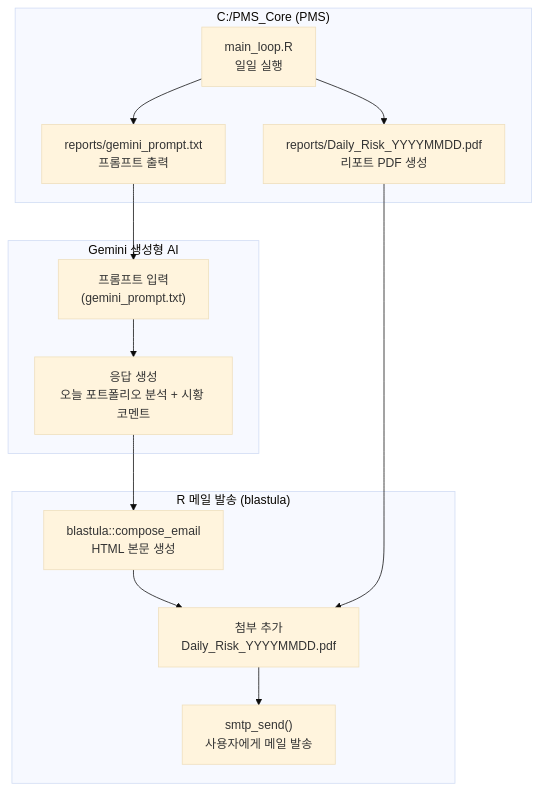
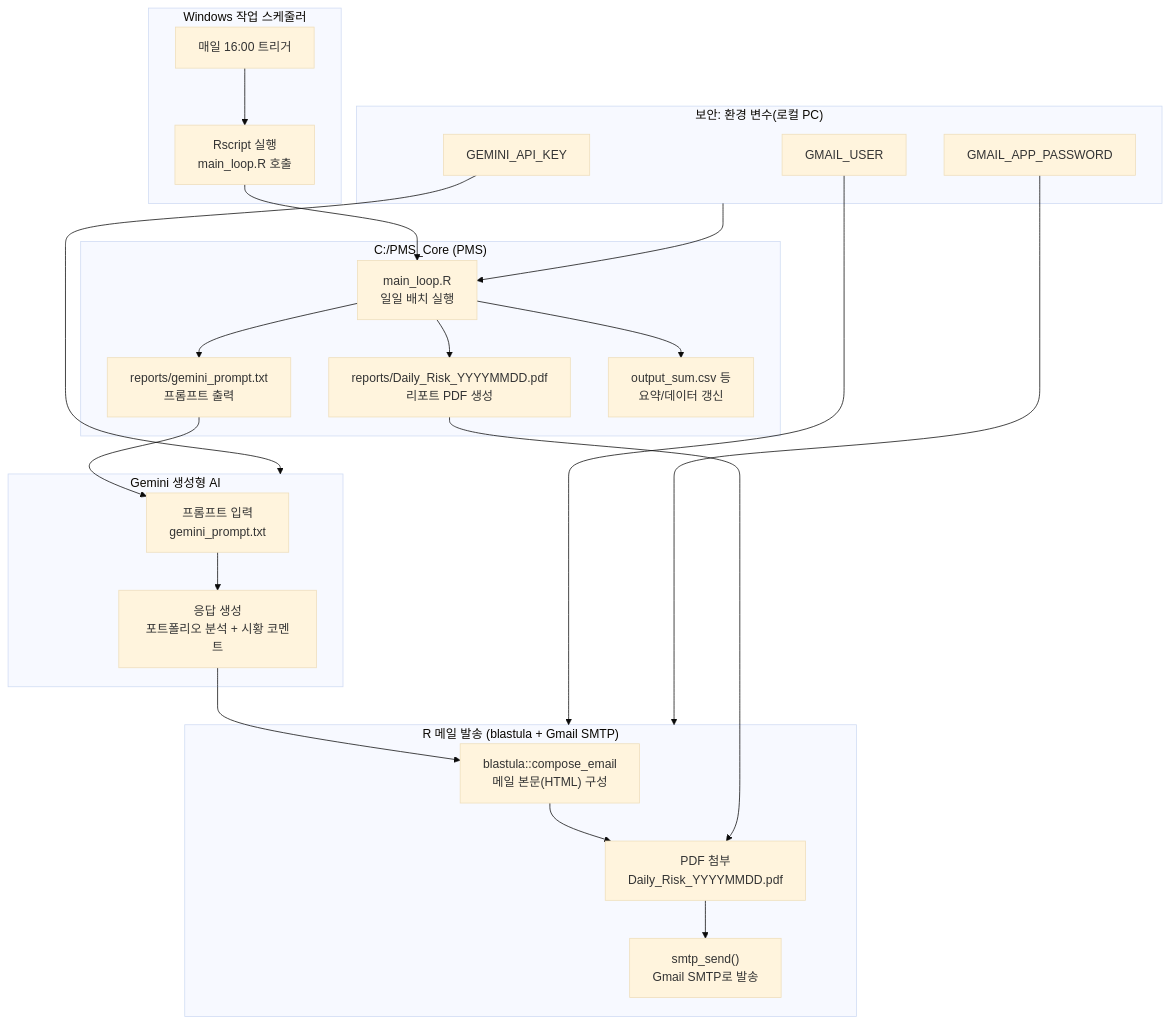
One commit to shbang-cmd/PMS_Core changed the fourth of 4 diagrams in book/Part2.md. Above: the diagram before and after it, drawn with Mermaid (base theme).

Commit message:
Update flowchart and email sending process in Part2

````diff
--- a/book/Part2.md
+++ b/book/Part2.md
@@ -734,27 +734,54 @@
 ```mermaid
 flowchart TB
+  subgraph SCH["Windows 작업 스케줄러"]
+    S1["매일 16:00 트리거"]
+    S2["Rscript 실행<br/>main_loop.R 호출"]
+    S1 --> S2
+  end
+
+  subgraph ENV["보안: 환경 변수(로컬 PC)"]
+    K1["GEMINI_API_KEY"]
+    K2["GMAIL_USER"]
+    K3["GMAIL_APP_PASSWORD"]
+  end
+
   subgraph PMS["C:/PMS_Core (PMS)"]
-    A["main_loop.R<br/>일일 실행"]
+    A["main_loop.R<br/>일일 배치 실행"]
     B["reports/gemini_prompt.txt<br/>프롬프트 출력"]
     C["reports/Daily_Risk_YYYYMMDD.pdf<br/>리포트 PDF 생성"]
+    D["output_sum.csv 등<br/>요약/데이터 갱신"]
+    A --> D
     A --> B
     A --> C
   end
 
   subgraph AI["Gemini 생성형 AI"]
-    D["프롬프트 입력<br/>(gemini_prompt.txt)"]
-    E["응답 생성<br/>오늘 포트폴리오 분석 + 시황 코멘트"]
-    D --> E
+    E["프롬프트 입력<br/>gemini_prompt.txt"]
+    F["응답 생성<br/>포트폴리오 분석 + 시황 코멘트"]
+    E --> F
   end
 
-  subgraph MAIL["R 메일 발송 (blastula)"]
-    F["blastula::compose_email<br/>HTML 본문 생성"]
-    G["첨부 추가<br/>Daily_Risk_YYYYMMDD.pdf"]
-    H["smtp_send()<br/>사용자에게 메일 발송"]
-    F --> G --> H
+  subgraph MAIL["R 메일 발송 (blastula + Gmail SMTP)"]
+    G["blastula::compose_email<br/>메일 본문(HTML) 구성"]
+    H["PDF 첨부<br/>Daily_Risk_YYYYMMDD.pdf"]
+    I["smtp_send()<br/>Gmail SMTP로 발송"]
+    G --> H --> I
   end
 
-  B --> D
-  E --> F
-  C --> G
+  %% 실행 흐름
+  S2 --> A
+
+  %% 환경변수 로드 (보안)
+  ENV --> A
+
+  %% Gemini 호출 (키 필요)
+  K1 --> AI
+  B --> E
+  F --> G
+
+  %% Gmail 발송 (계정/앱비번 필요)
+  K2 --> MAIL
+  K3 --> MAIL
+  C --> H
+
 ```
````
